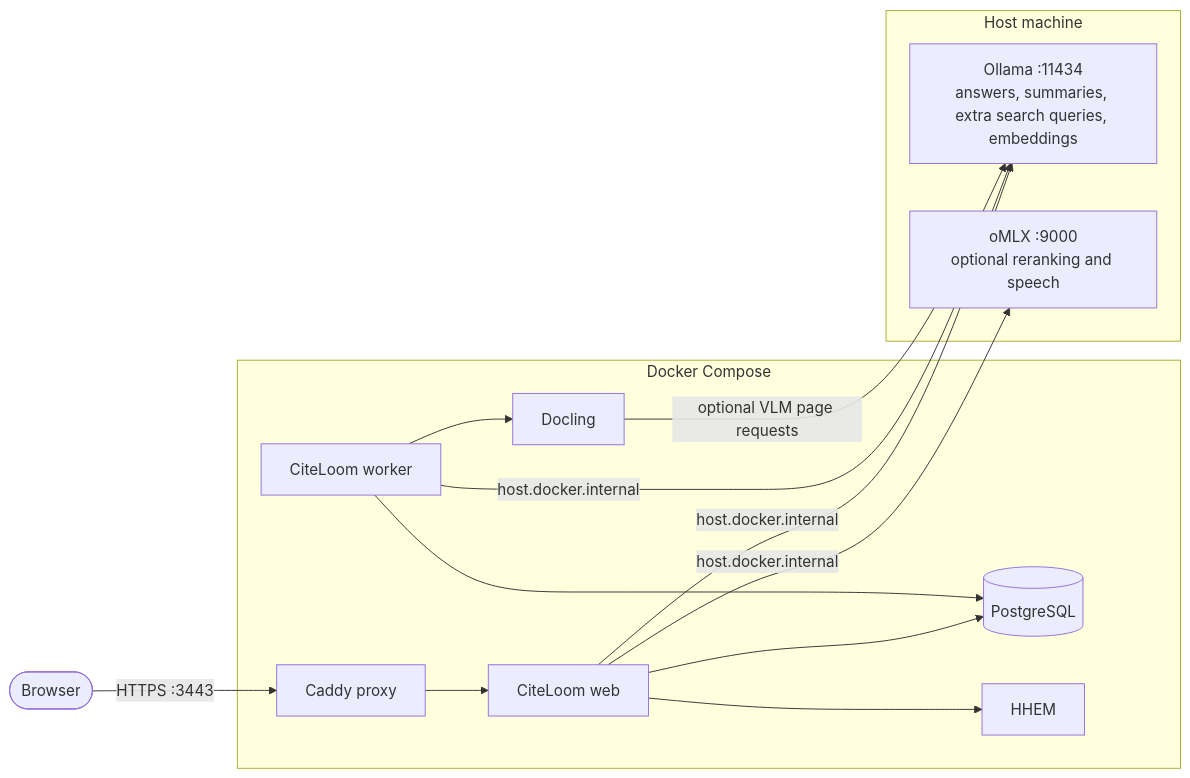
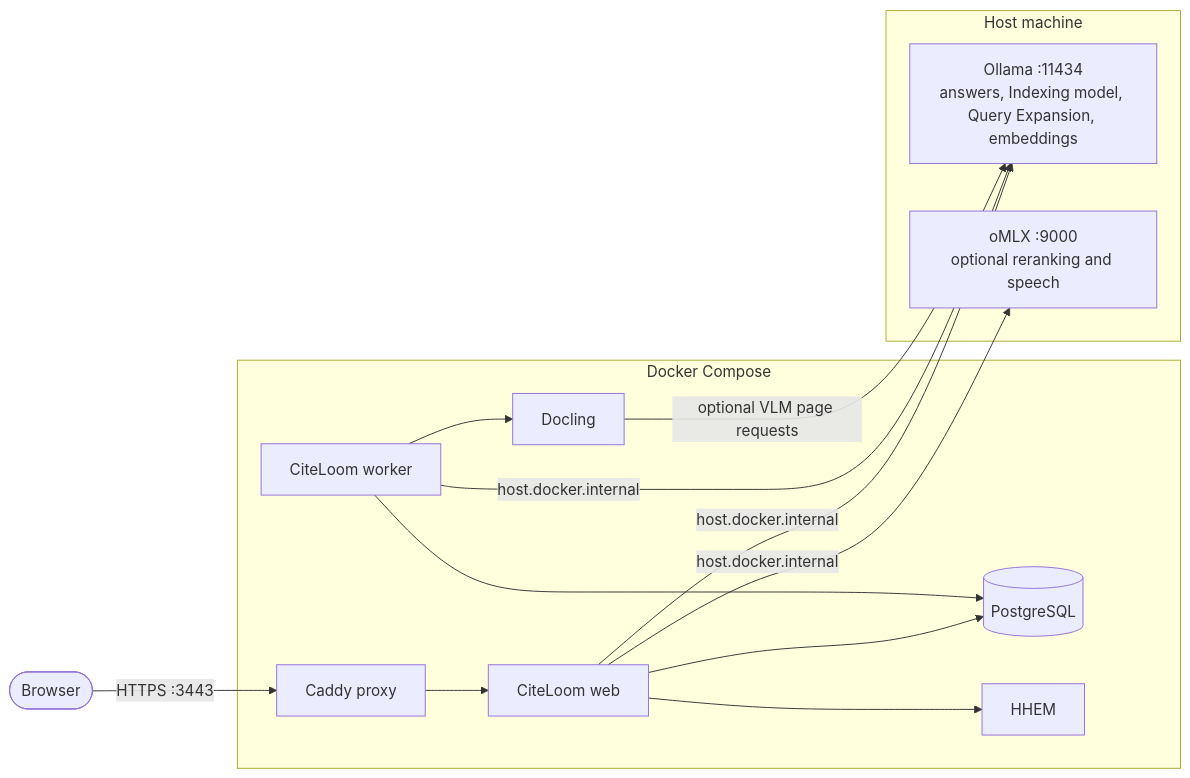
One commit to sageil/citeloom changed the first of 2 diagrams in README.md. Above: the diagram before and after it, drawn with Mermaid. The commit also changed other lines of this file, not shown here.

````diff
--- a/README.md
+++ b/README.md
@@ -147,22 +140,22 @@
 ```mermaid
 flowchart LR
     Browser([Browser]) -->|HTTPS :3443| Proxy[Caddy proxy]
 
     subgraph Docker[Docker Compose]
         Proxy --> Web[CiteLoom web]
         Web --> Database[(PostgreSQL)]
         Worker[CiteLoom worker] --> Database
         Worker --> Docling[Docling]
         Web --> HHEM[HHEM]
     end
 
     subgraph Host[Host machine]
-        Ollama[Ollama :11434<br/>answers, summaries, extra search queries, embeddings]
+        Ollama[Ollama :11434<br/>answers, Indexing model, Query Expansion, embeddings]
         OMLX[oMLX :9000<br/>optional reranking and speech]
     end
 
     Web -->|host.docker.internal| Ollama
     Worker -->|host.docker.internal| Ollama
     Docling -->|optional VLM page requests| Ollama
     Web -->|host.docker.internal| OMLX
 ```
````
